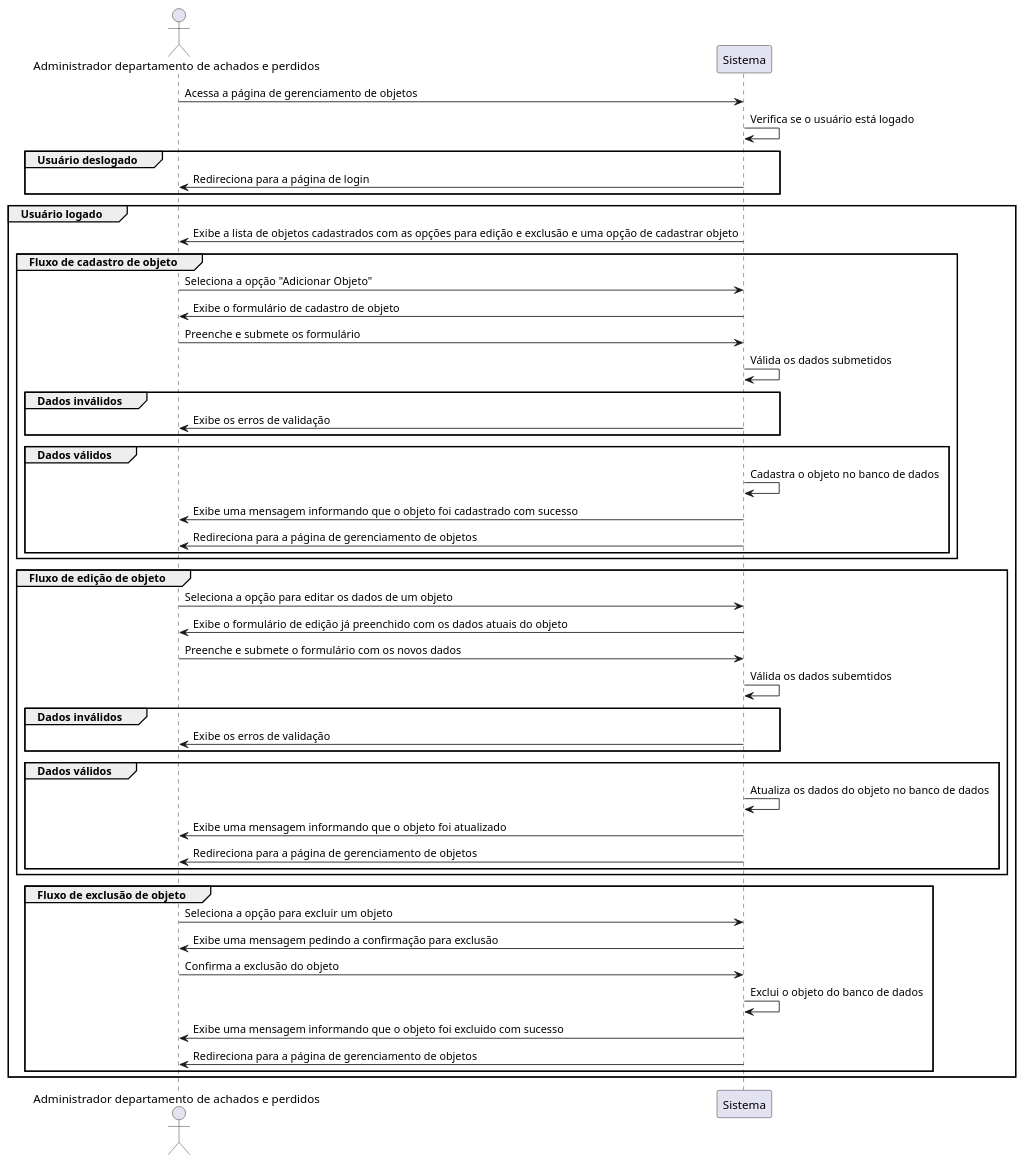
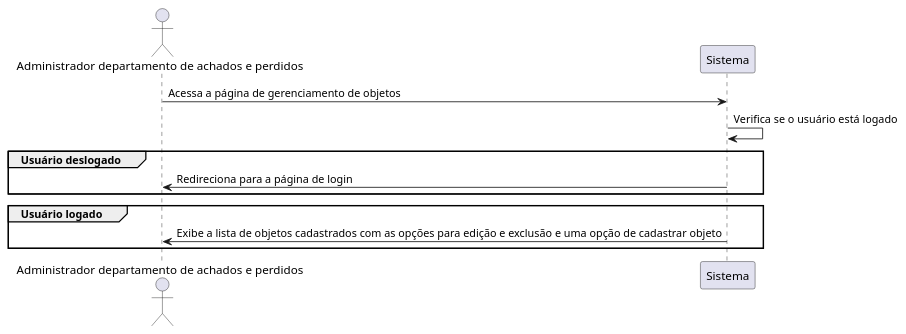
The diagram in casos-de-uso/administrador/RAP02.wsd (treinaweb/desafio-achados-e-perdidos), drawn with PlantUML before and after one commit. The commit also changed 3 other files, not shown here.

```diff
--- a/casos-de-uso/administrador/RAP02.wsd
+++ b/casos-de-uso/administrador/RAP02.wsd
@@ -1,60 +1,17 @@
 @startuml RAP02
 
 actor "Administrador departamento de achados e perdidos" as admin
 participant "Sistema" as sistema
 
 admin -> sistema: Acessa a página de gerenciamento de objetos
 sistema -> sistema: Verifica se o usuário está logado
 
 group Usuário deslogado
   sistema -> admin: Redireciona para a página de login
 end
 
 group Usuário logado
   sistema -> admin: Exibe a lista de objetos cadastrados com as opções para edição e exclusão e uma opção de cadastrar objeto
-
-  group Fluxo de cadastro de objeto
-    admin -> sistema: Seleciona a opção "Adicionar Objeto"
-    sistema -> admin: Exibe o formulário de cadastro de objeto
-    admin -> sistema: Preenche e submete os formulário
-    sistema -> sistema: Válida os dados submetidos
-
-    group Dados inválidos
-      sistema -> admin: Exibe os erros de validação
-    end
-
-    group Dados válidos
-      sistema -> sistema: Cadastra o objeto no banco de dados
-      sistema -> admin: Exibe uma mensagem informando que o objeto foi cadastrado com sucesso
-      sistema -> admin: Redireciona para a página de gerenciamento de objetos
-    end
-  end
-
-  group Fluxo de edição de objeto
-    admin -> sistema: Seleciona a opção para editar os dados de um objeto
-    sistema -> admin: Exibe o formulário de edição já preenchido com os dados atuais do objeto
-    admin -> sistema: Preenche e submete o formulário com os novos dados
-    sistema -> sistema: Válida os dados subemtidos
-
-    group Dados inválidos
-      sistema -> admin: Exibe os erros de validação
-    end
-
-    group Dados válidos
-      sistema -> sistema: Atualiza os dados do objeto no banco de dados
-      sistema -> admin: Exibe uma mensagem informando que o objeto foi atualizado
-      sistema -> admin: Redireciona para a página de gerenciamento de objetos
-    end
-  end
-
-  group Fluxo de exclusão de objeto
-    admin -> sistema: Seleciona a opção para excluir um objeto
-    sistema -> admin: Exibe uma mensagem pedindo a confirmação para exclusão
-    admin -> sistema: Confirma a exclusão do objeto
-    sistema -> sistema: Exclui o objeto do banco de dados
-    sistema -> admin: Exibe uma mensagem informando que o objeto foi excluido com sucesso
-    sistema -> admin: Redireciona para a página de gerenciamento de objetos
-  end
 end
 
 @enduml
```
